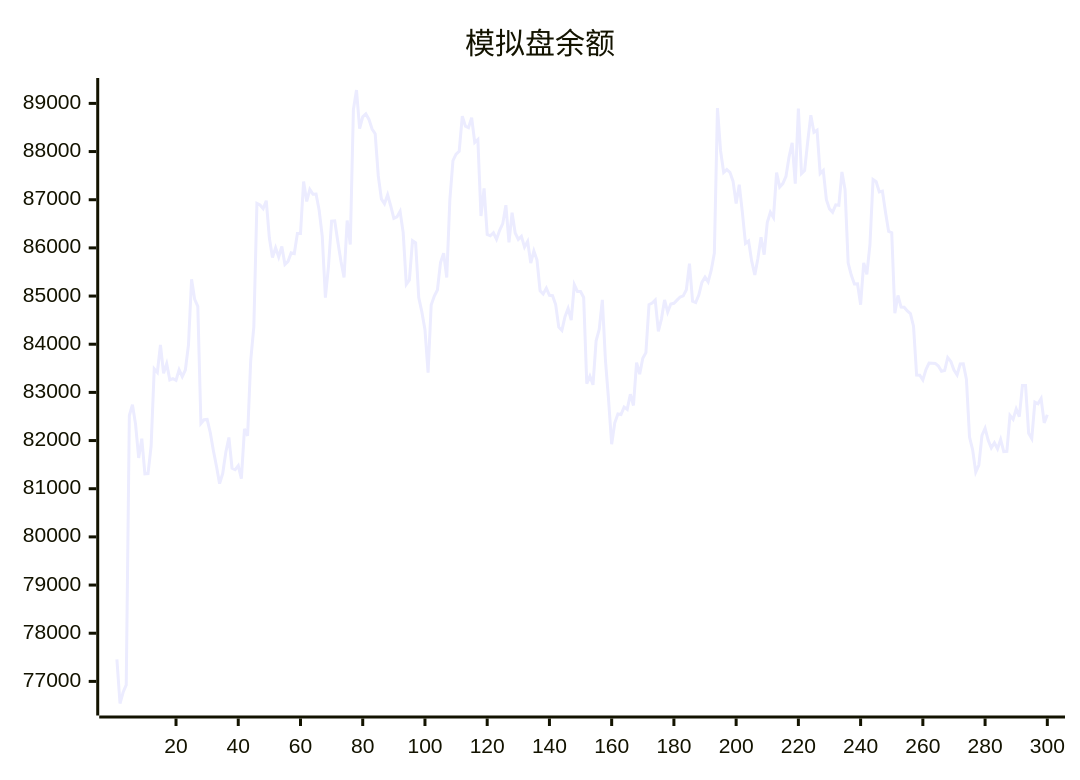
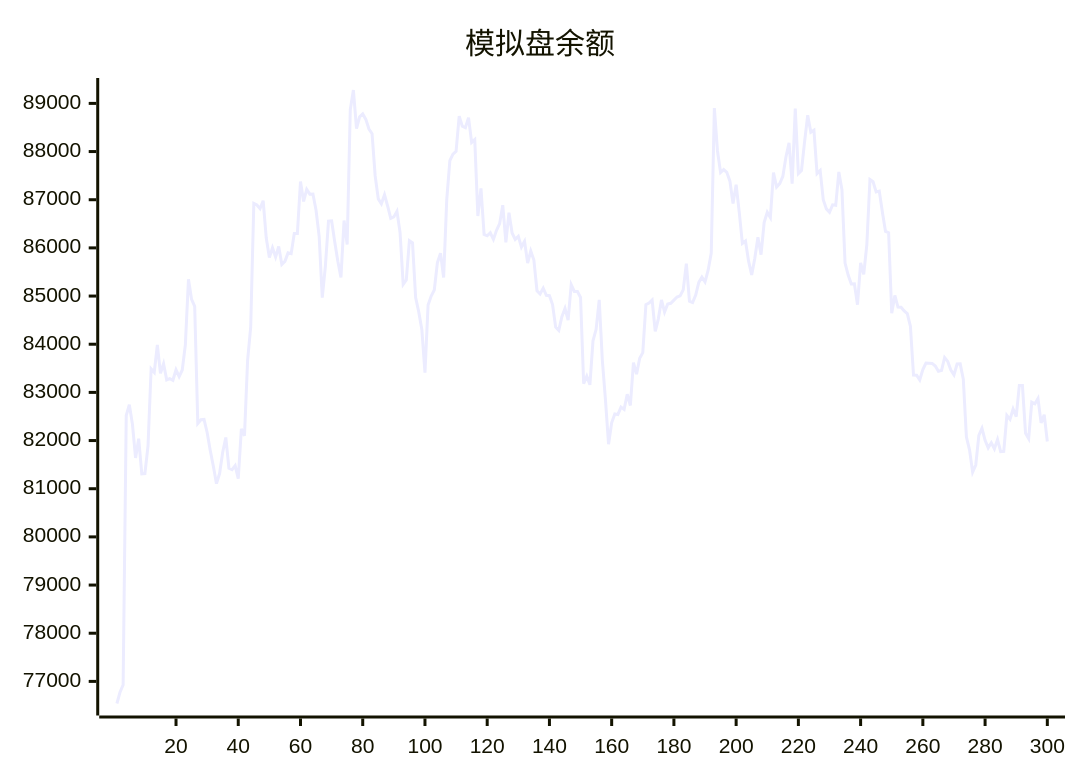
One commit to aahl/ai-trading changed the diagram in README.md. Above: the diagram before and after it, drawn with Mermaid. The commit also changed other lines of this file and 1 other file, not shown here.

````diff
--- a/README.md
+++ b/README.md
@@ -5,5 +5,5 @@
 ```mermaid
 xychart
     title "模拟盘余额"
-    line [77456,76541,76774,76927,82520,82744,82337,81639,82040,81307,81314,81887,83490,83414,83984,83396,83594,83261,83287,83253,83470,83327,83465,83987,85348,84930,84786,82355,82433,82438,82167,81795,81466,81105,81315,81756,82064,81426,81398,81481,81210,82242,82099,83658,84359,86925,86892,86814,86980,86203,85802,86003,85811,86028,85657,85721,85896,85880,86300,86299,87378,86965,87214,87115,87118,86780,86238,84966,85623,86555,86562,86129,85722,85387,86569,86070,88870,89278,88477,88720,88781,88668,88467,88372,87493,87018,86917,87102,86870,86613,86644,86758,86317,85242,85334,86149,86106,84968,84671,84302,83410,84816,85001,85127,85693,85891,85384,87001,87811,87945,88007,88734,88528,88495,88705,88189,88248,86662,87234,86279,86251,86314,86177,86364,86503,86886,86114,86731,86310,86176,86240,86017,86136,85685,85938,85749,85111,85044,85164,85016,85008,84824,84354,84287,84572,84745,84500,85234,85096,85095,84970,83180,83338,83157,84070,84309,84922,83667,82850,81924,82369,82552,82539,82695,82648,82962,82728,83619,83378,83710,83825,84819,84854,84917,84265,84527,84919,84668,84834,84850,84916,84981,85004,85131,85674,84891,84864,85019,85284,85393,85294,85538,85894,88904,88012,87567,87625,87568,87386,86920,87313,86737,86094,86143,85725,85437,85787,86219,85859,86526,86740,86630,87563,87264,87335,87483,87886,88180,87335,88894,87544,87608,88207,88755,88401,88444,87543,87608,87000,86810,86740,86894,86884,87576,87209,85686,85435,85251,85255,84820,85689,85453,86066,87420,87373,87161,87178,86740,86341,86315,84643,85012,84772,84768,84690,84635,84376,83360,83357,83259,83474,83608,83606,83602,83548,83440,83454,83724,83644,83464,83365,83590,83592,83275,82072,81806,81344,81492,82109,82254,82006,81848,81955,81829,82022,81769,81776,82522,82441,82656,82498,83144,83144,82150,82038,82797,82763,82872,82367,82536]
+    line [76541,76774,76927,82520,82744,82337,81639,82040,81307,81314,81887,83490,83414,83984,83396,83594,83261,83287,83253,83470,83327,83465,83987,85348,84930,84786,82355,82433,82438,82167,81795,81466,81105,81315,81756,82064,81426,81398,81481,81210,82242,82099,83658,84359,86925,86892,86814,86980,86203,85802,86003,85811,86028,85657,85721,85896,85880,86300,86299,87378,86965,87214,87115,87118,86780,86238,84966,85623,86555,86562,86129,85722,85387,86569,86070,88870,89278,88477,88720,88781,88668,88467,88372,87493,87018,86917,87102,86870,86613,86644,86758,86317,85242,85334,86149,86106,84968,84671,84302,83410,84816,85001,85127,85693,85891,85384,87001,87811,87945,88007,88734,88528,88495,88705,88189,88248,86662,87234,86279,86251,86314,86177,86364,86503,86886,86114,86731,86310,86176,86240,86017,86136,85685,85938,85749,85111,85044,85164,85016,85008,84824,84354,84287,84572,84745,84500,85234,85096,85095,84970,83180,83338,83157,84070,84309,84922,83667,82850,81924,82369,82552,82539,82695,82648,82962,82728,83619,83378,83710,83825,84819,84854,84917,84265,84527,84919,84668,84834,84850,84916,84981,85004,85131,85674,84891,84864,85019,85284,85393,85294,85538,85894,88904,88012,87567,87625,87568,87386,86920,87313,86737,86094,86143,85725,85437,85787,86219,85859,86526,86740,86630,87563,87264,87335,87483,87886,88180,87335,88894,87544,87608,88207,88755,88401,88444,87543,87608,87000,86810,86740,86894,86884,87576,87209,85686,85435,85251,85255,84820,85689,85453,86066,87420,87373,87161,87178,86740,86341,86315,84643,85012,84772,84768,84690,84635,84376,83360,83357,83259,83474,83608,83606,83602,83548,83440,83454,83724,83644,83464,83365,83590,83592,83275,82072,81806,81344,81492,82109,82254,82006,81848,81955,81829,82022,81769,81776,82522,82441,82656,82498,83144,83144,82150,82038,82797,82763,82872,82367,82536,81981]
 ```
````
